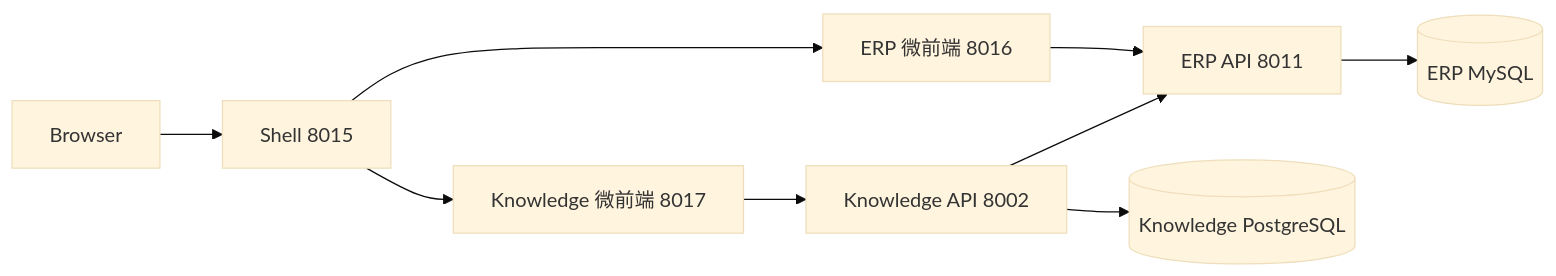
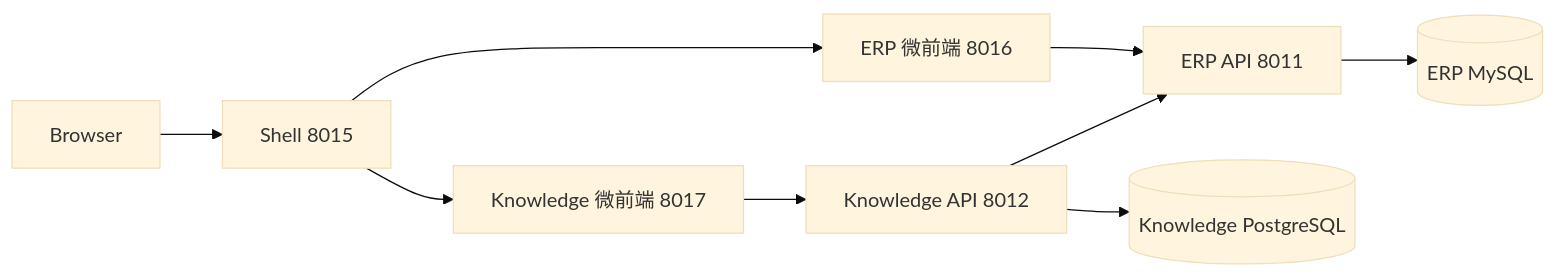
One commit to huochaigg/neorvion-erp changed the diagram in docs/knowledge.md. Above: the diagram before and after it, drawn with Mermaid (base theme). The commit also changed 10 other files, not shown here.

````diff
--- a/docs/knowledge.md
+++ b/docs/knowledge.md
@@ -7,11 +7,11 @@
 ```mermaid
 flowchart LR
   Browser --> Shell[Shell 8015]
   Shell --> ERPFE[ERP 微前端 8016]
   Shell --> KFE[Knowledge 微前端 8017]
   ERPFE --> ERPAPI[ERP API 8011]
-  KFE --> KAPI[Knowledge API 8002]
+  KFE --> KAPI[Knowledge API 8012]
   KAPI --> ERPAPI
   ERPAPI --> MySQL[(ERP MySQL)]
   KAPI --> PG[(Knowledge PostgreSQL)]
 ```
````
